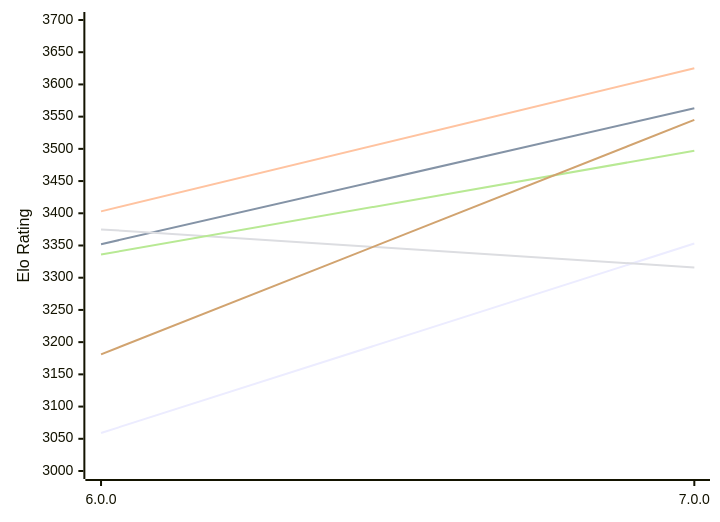
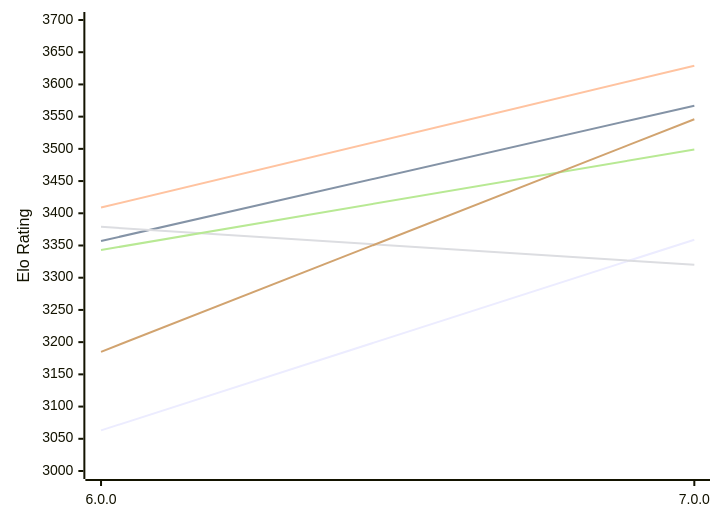
Before and after one commit to computer-chess-index/cci: the first of 2 diagrams in engines/Minke.md, drawn with Mermaid. The commit also changed other lines of this file, not shown here.

Commit message:
Update CCI Ratings (ELO VLTC) - 2026-11-20

````diff
--- a/engines/Minke.md
+++ b/engines/Minke.md
@@ -53,12 +53,12 @@
 ```mermaid
 %%{init: {"theme":"base","themeVariables":{"seriesColors:['#a3a3a3','#222221','#faa371']}}}%%
 xychart-beta
   x-axis ["6.0.0", "7.0.0"]
   y-axis "Elo Rating" 3000 --> 3700
-  line "E1: STC (8.0+0.08s)" [3059, 3353]
-  line "E1: LTC (60.0+0.60s)" [3352, 3563]
-  line "E1: VLTC (2m24s+1.12s)" [3403, 3625]
-  line "P1: STC (8.0+0.08s)" [3375, 3316]
-  line "P1: LTC (60.0+0.60s)" [3336, 3497]
-  line "P1: VLTC (2m24s+1.12s)" [3181, 3545]
+  line "E1: STC (8.0+0.08s)" [3063, 3359]
+  line "E1: LTC (60.0+0.60s)" [3357, 3567]
+  line "E1: VLTC (2m24s+1.12s)" [3409, 3629]
+  line "P1: STC (8.0+0.08s)" [3379, 3320]
+  line "P1: LTC (60.0+0.60s)" [3343, 3499]
+  line "P1: VLTC (2m24s+1.12s)" [3185, 3546]
 ```
````
